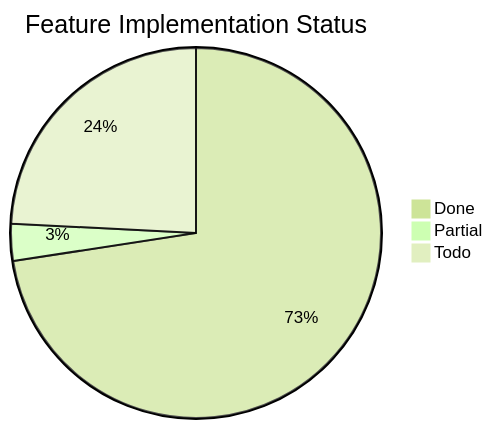
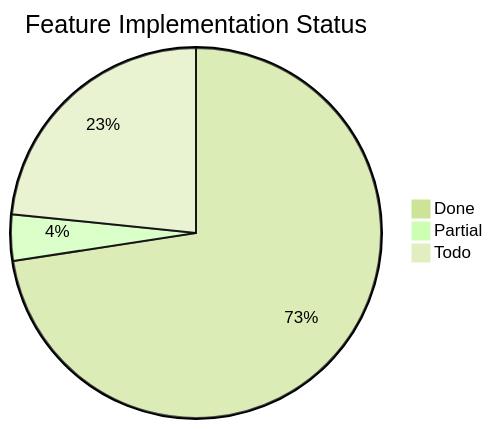
Before and after one commit to Papyrine/Morph: the third of 3 diagrams in docs/word-features.md, drawn with Mermaid (forest theme). The commit also changed other lines of this file and 991 other files, not shown here.

````diff
--- a/docs/word-features.md
+++ b/docs/word-features.md
@@ -1846,6 +1850,6 @@
 ```mermaid
 pie title Feature Implementation Status
     "Done" : 90
-    "Partial" : 4
-    "Todo" : 30
+    "Partial" : 5
+    "Todo" : 29
 ```
````
